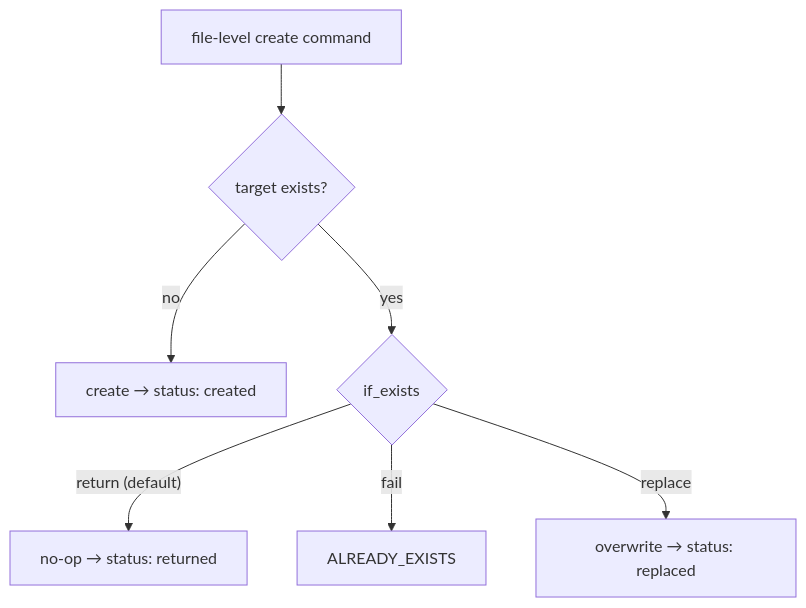
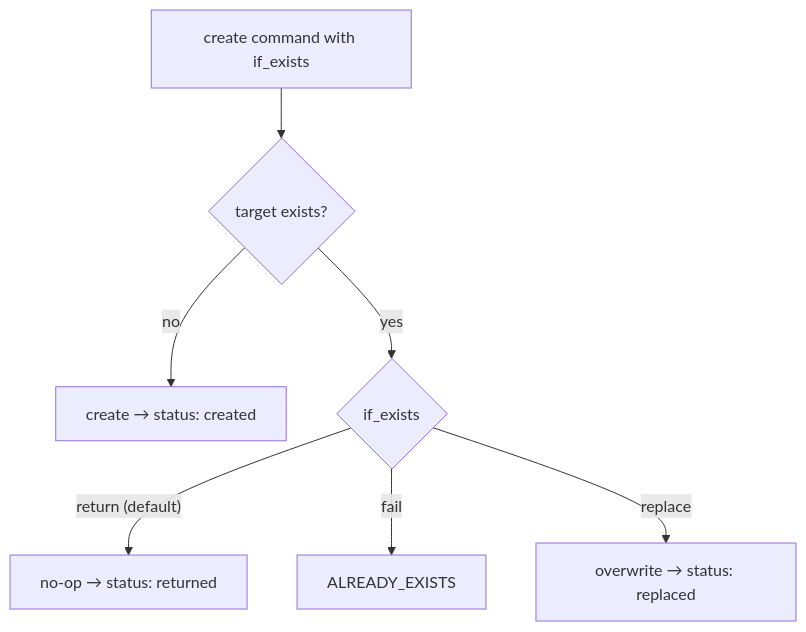
One commit to NPGameDev/godot-mcp-toolkit changed the eighth of 13 diagrams in docs/architecture/README.md. Above: the diagram before and after it, drawn with Mermaid. The commit also changed other lines of this file and 1 other file, not shown here.

````diff
--- a/docs/architecture/README.md
+++ b/docs/architecture/README.md
@@ -392,9 +392,9 @@
 ```mermaid
 flowchart TD
-    create["file-level create command"] --> exists{"target exists?"}
+    create["create command with if_exists"] --> exists{"target exists?"}
     exists -->|no| make["create → status: created"]
     exists -->|yes| pol{"if_exists"}
     pol -->|"return (default)"| noop["no-op → status: returned"]
     pol -->|"fail"| ae["ALREADY_EXISTS"]
     pol -->|"replace"| repl["overwrite → status: replaced"]
 ```
````
